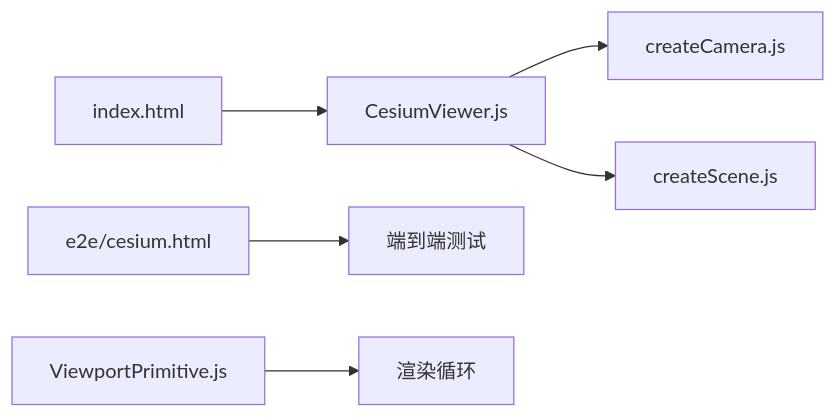
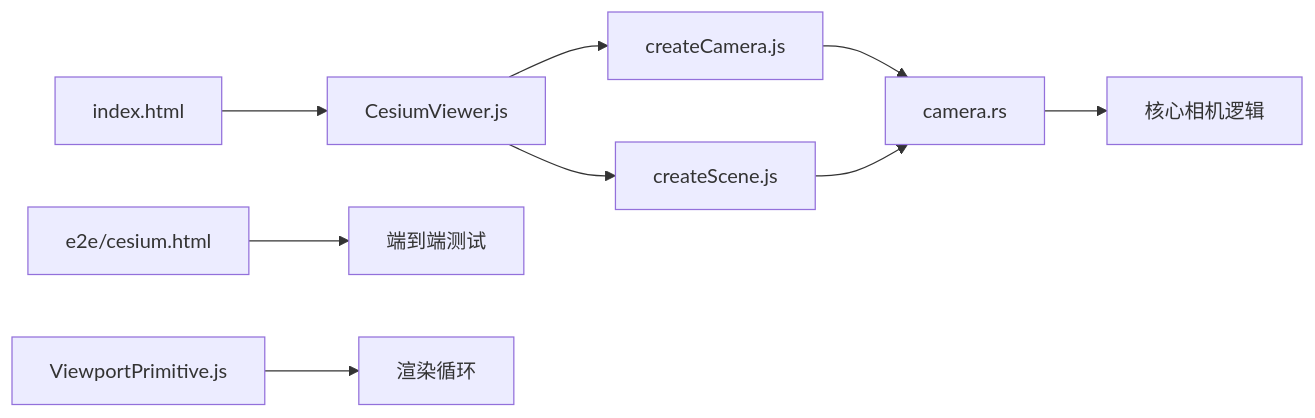
The fourth of 4 diagrams in .qoder/repowiki/zh/content/项目概述/核心特性/相机与交互控制/相机控制系统.md (rzhangjing/cesium), drawn with Mermaid before and after one commit. The commit also changed other lines of this file and 30 other files, not shown here.

````diff
--- a/.qoder/repowiki/zh/content/项目概述/核心特性/相机与交互控制/相机控制系统.md
+++ b/.qoder/repowiki/zh/content/项目概述/核心特性/相机与交互控制/相机控制系统.md
@@ -175,8 +223,11 @@
 ```mermaid
 graph LR
 HTML["index.html"] --> Viewer["CesiumViewer.js"]
 Viewer --> Cam["createCamera.js"]
 Viewer --> Scene["createScene.js"]
+Cam --> RustCam["camera.rs"]
+Scene --> RustCam
 E2E["e2e/cesium.html"] --> TestRunner["端到端测试"]
 Viewport["ViewportPrimitive.js"] --> Render["渲染循环"]
+RustCam --> Core["核心相机逻辑"]
 ```
````
